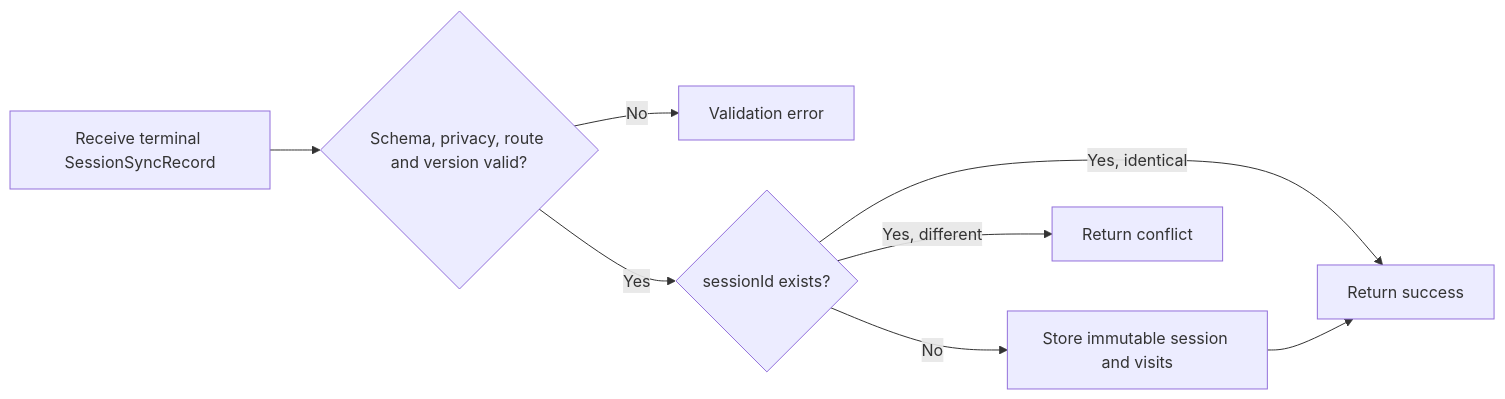
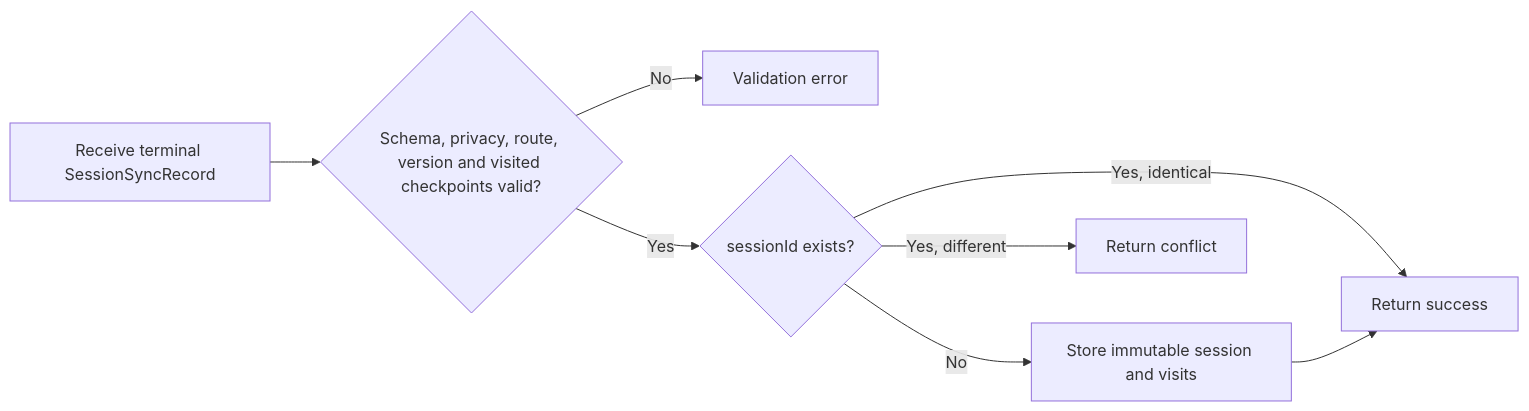
Before and after one commit to MckhueVanPhuc/Refactor-Cuc-Phuong: the fourth of 7 diagrams in docs/spec/spec-M03.md, drawn with Mermaid. The commit also changed other lines of this file and 10 other files, not shown here.

````diff
--- a/docs/spec/spec-M03.md
+++ b/docs/spec/spec-M03.md
@@ -250,10 +250,10 @@
 ```mermaid
 flowchart LR
-    A[Receive terminal SessionSyncRecord] --> B{Schema, privacy, route and version valid?}
+    A[Receive terminal SessionSyncRecord] --> B{Schema, privacy, route, version and visited checkpoints valid?}
     B -->|No| C[Validation error]
     B -->|Yes| D{sessionId exists?}
     D -->|No| E[Store immutable session and visits]
     D -->|Yes, identical| F[Return success]
     D -->|Yes, different| G[Return conflict]
     E --> F
 ```
````
